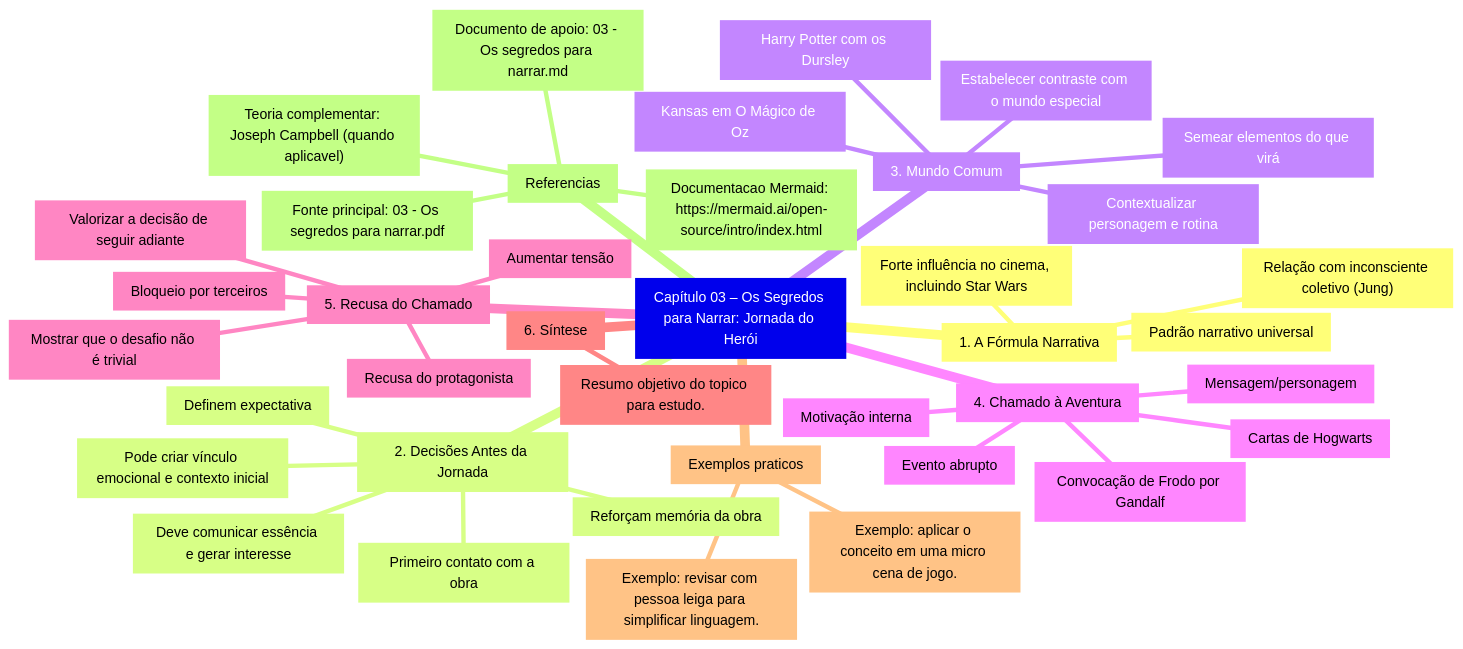
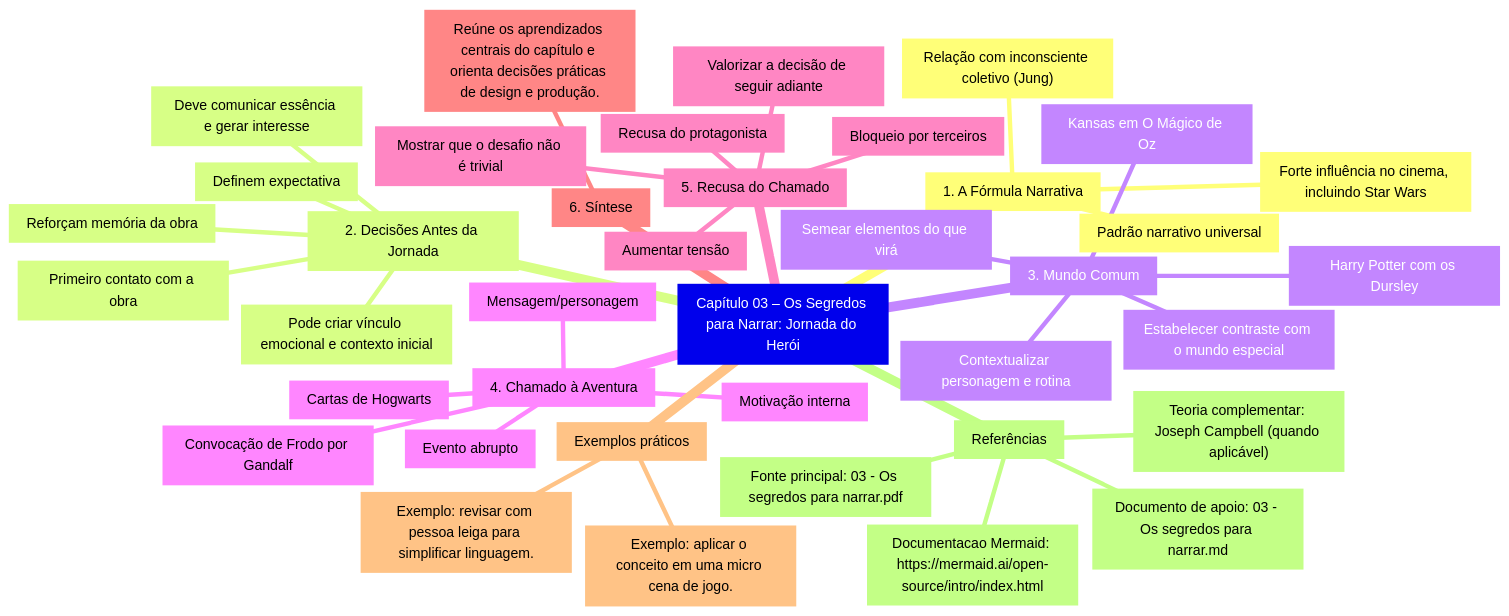
The diagram in FASE02/03 - Os segredos para narrar.mmd (HillGnur/gdv-estudos), drawn with Mermaid before and after one commit. The commit also changed other lines of this file and 25 other files, not shown here.

```diff
--- a/FASE02/03 - Os segredos para narrar.mmd
+++ b/FASE02/03 - Os segredos para narrar.mmd
@@ -1,40 +1,40 @@
 mindmap
   root["Capítulo 03 – Os Segredos para Narrar: Jornada do Herói"]
     s1["1. A Fórmula Narrativa"]
       s1_1["Padrão narrativo universal"]
       s1_2["Relação com inconsciente coletivo (Jung)"]
       s1_3["Forte influência no cinema, incluindo Star Wars"]
     s2["2. Decisões Antes da Jornada"]
       s2_1["Primeiro contato com a obra"]
       s2_2["Deve comunicar essência e gerar interesse"]
       s2_3["Definem expectativa"]
       s2_4["Reforçam memória da obra"]
       s2_5["Pode criar vínculo emocional e contexto inicial"]
     s3["3. Mundo Comum"]
       s3_1["Contextualizar personagem e rotina"]
       s3_2["Estabelecer contraste com o mundo especial"]
       s3_3["Semear elementos do que virá"]
       s3_4["Harry Potter com os Dursley"]
       s3_5["Kansas em O Mágico de Oz"]
     s4["4. Chamado à Aventura"]
       s4_1["Mensagem/personagem"]
       s4_2["Evento abrupto"]
       s4_3["Motivação interna"]
       s4_4["Cartas de Hogwarts"]
       s4_5["Convocação de Frodo por Gandalf"]
     s5["5. Recusa do Chamado"]
       s5_1["Aumentar tensão"]
       s5_2["Mostrar que o desafio não é trivial"]
       s5_3["Valorizar a decisão de seguir adiante"]
       s5_4["Recusa do protagonista"]
       s5_5["Bloqueio por terceiros"]
     s6["6. Síntese"]
-      s6_1["Resumo objetivo do topico para estudo."]
-    exemplos["Exemplos praticos"]
+      s6_1["Reúne os aprendizados centrais do capítulo e orienta decisões práticas de design e produção."]
+    exemplos["Exemplos práticos"]
       ex1["Exemplo: aplicar o conceito em uma micro cena de jogo."]
       ex2["Exemplo: revisar com pessoa leiga para simplificar linguagem."]
-    refs["Referencias"]
+    refs["Referências"]
       ref1["Fonte principal: 03 - Os segredos para narrar.pdf"]
       ref2["Documento de apoio: 03 - Os segredos para narrar.md"]
-      ref3["Teoria complementar: Joseph Campbell (quando aplicavel)"]
+      ref3["Teoria complementar: Joseph Campbell (quando aplicável)"]
       ref4["Documentacao Mermaid: https://mermaid.ai/open-source/intro/index.html"]
```
